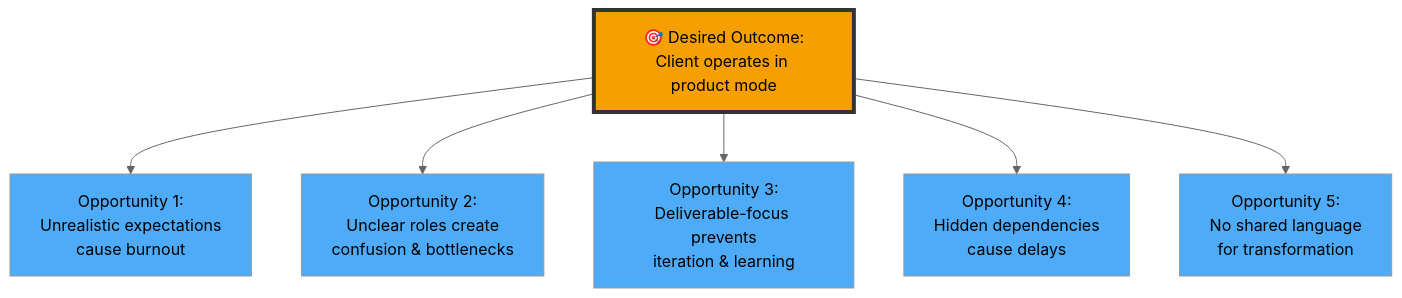
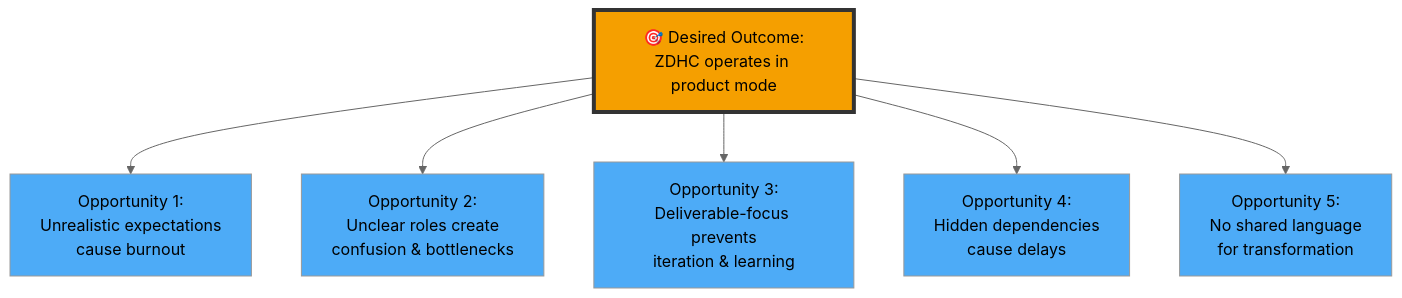
Before and after one commit to synergyai-os/Synergy-Open-Source: the second of 8 diagrams in dev-docs/draft_claude/04-opportunity-solution-tree.md, drawn with Mermaid (neutral theme). The commit also changed other lines of this file and 12 other files, not shown here.

````diff
--- a/dev-docs/draft_claude/04-opportunity-solution-tree.md
+++ b/dev-docs/draft_claude/04-opportunity-solution-tree.md
@@ -53,17 +53,17 @@
 ```mermaid
 graph TD
-    ROOT["🎯 Desired Outcome:<br/>Client operates in product mode"]
+    ROOT["🎯 Desired Outcome:<br/>ZDHC operates in product mode"]
     
     ROOT --> OPP1["Opportunity 1:<br/>Unrealistic expectations<br/>cause burnout"]
     ROOT --> OPP2["Opportunity 2:<br/>Unclear roles create<br/>confusion & bottlenecks"]
     ROOT --> OPP3["Opportunity 3:<br/>Deliverable-focus prevents<br/>iteration & learning"]
     ROOT --> OPP4["Opportunity 4:<br/>Hidden dependencies<br/>cause delays"]
     ROOT --> OPP5["Opportunity 5:<br/>No shared language<br/>for transformation"]
     
     style ROOT fill:#f59f00,stroke:#333,stroke-width:4px
     style OPP1 fill:#4dabf7
     style OPP2 fill:#4dabf7
     style OPP3 fill:#4dabf7
     style OPP4 fill:#4dabf7
     style OPP5 fill:#4dabf7
 ```
````
